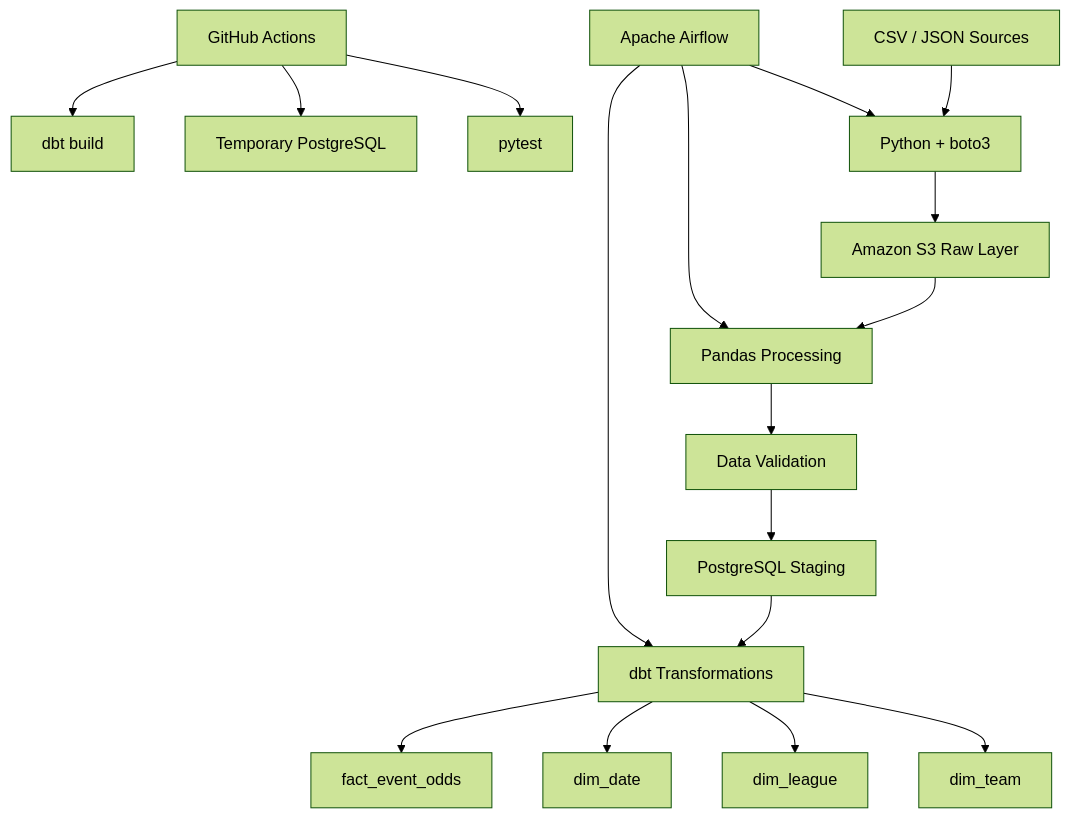
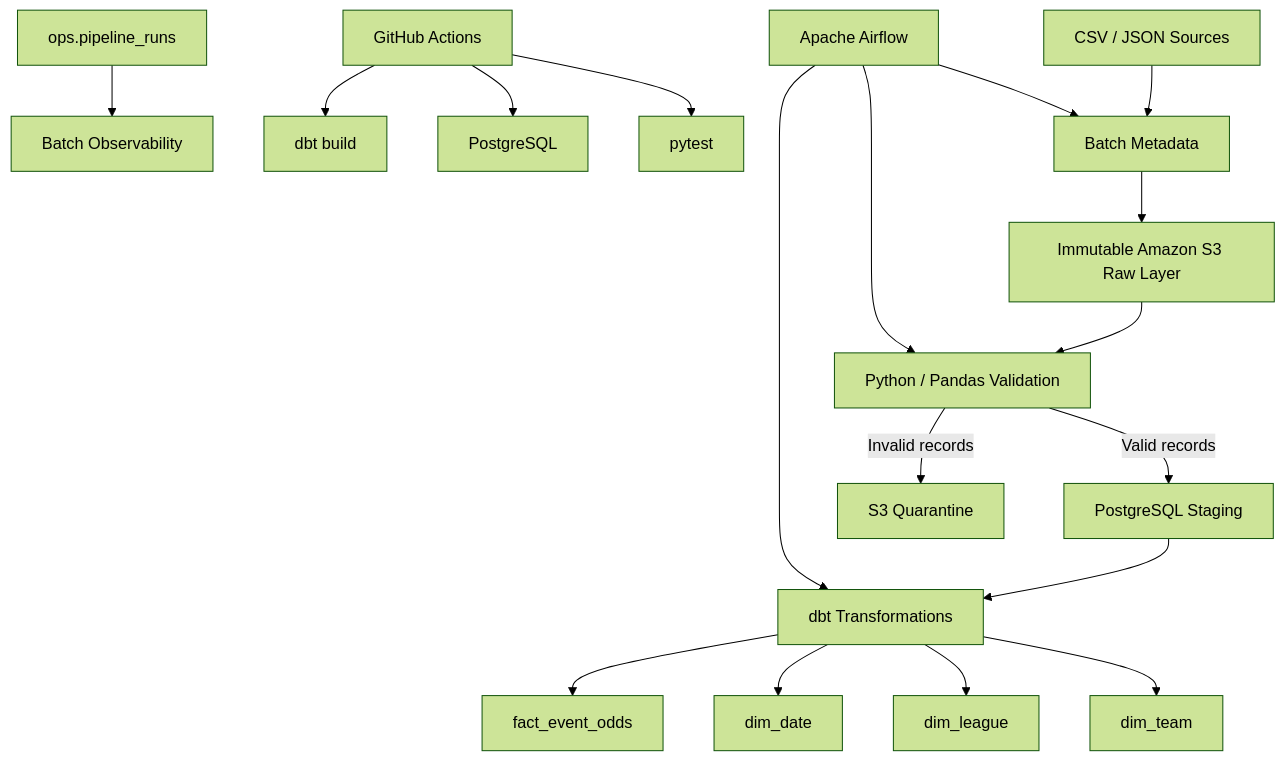
One commit to Kutaba-Victor-30127/sports-data-engineering-pipeline changed the first of 2 diagrams in README.md. Above: the diagram before and after it, drawn with Mermaid (forest theme). The commit also changed other lines of this file and 5 other files, not shown here.

Commit message:
Add data contract and automated pipeline reliability tests

````diff
--- a/README.md
+++ b/README.md
@@ -13,24 +11,27 @@
 ```mermaid
 flowchart TD
-    A[CSV / JSON Sources] --> B[Python + boto3]
-    B --> C[Amazon S3 Raw Layer]
+    A[CSV / JSON Sources] --> B[Batch Metadata]
+    B --> C[Immutable Amazon S3 Raw Layer]
 
-    C --> D[Pandas Processing]
-    D --> E[Data Validation]
-    E --> F[PostgreSQL Staging]
+    C --> D[Python / Pandas Validation]
 
-    F --> G[dbt Transformations]
+    D -->|Valid records| E[PostgreSQL Staging]
+    D -->|Invalid records| Q[S3 Quarantine]
 
-    G --> H[dim_team]
-    G --> I[dim_league]
-    G --> J[dim_date]
-    G --> K[fact_event_odds]
+    E --> F[dbt Transformations]
 
-    L[Apache Airflow] --> B
-    L --> D
-    L --> G
+    F --> G[dim_team]
+    F --> H[dim_league]
+    F --> I[dim_date]
+    F --> J[fact_event_odds]
 
-    M[GitHub Actions] --> N[pytest]
-    M --> O[Temporary PostgreSQL]
-    M --> P[dbt build]
+    K[ops.pipeline_runs] --> L[Batch Observability]
+
+    M[Apache Airflow] --> B
+    M --> D
+    M --> F
+
+    N[GitHub Actions] --> O[pytest]
+    N --> P[PostgreSQL]
+    N --> R[dbt build]
 ```
````
